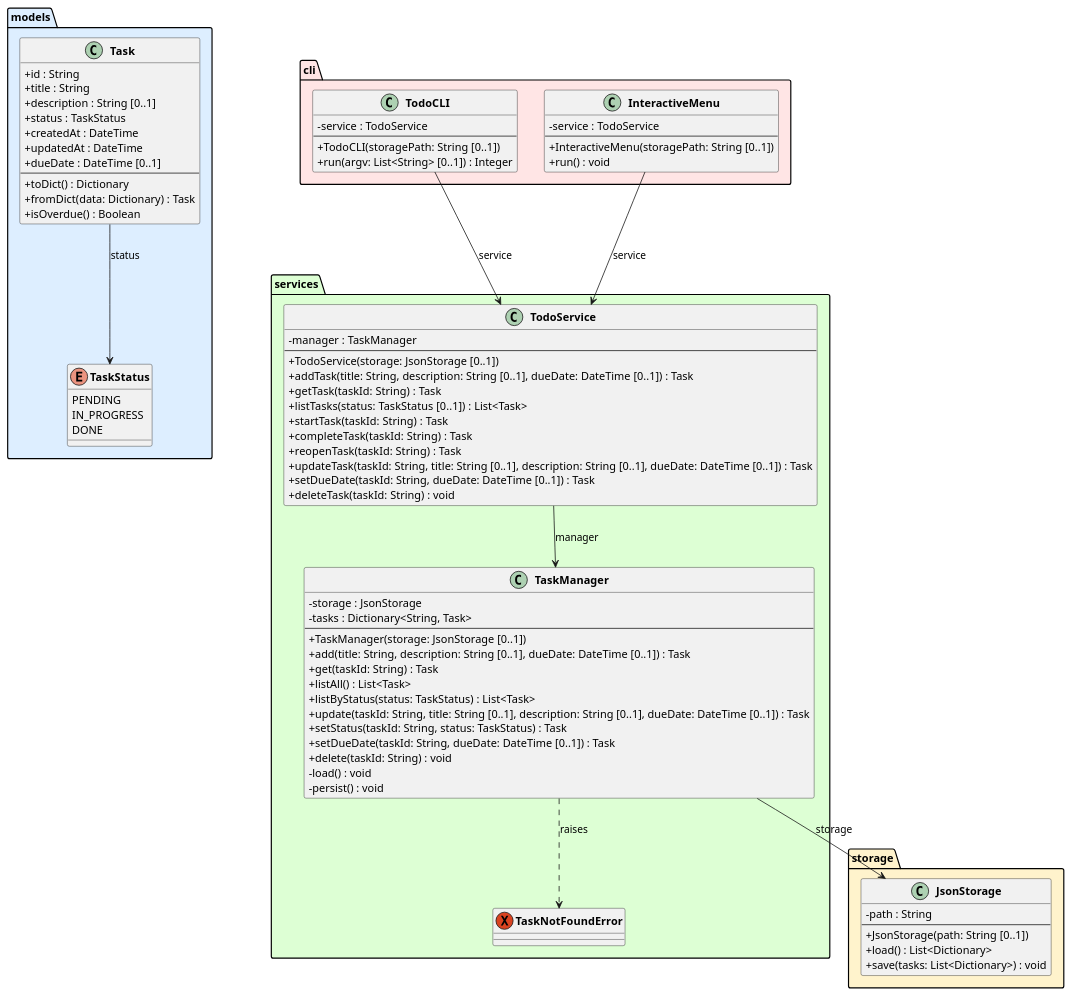
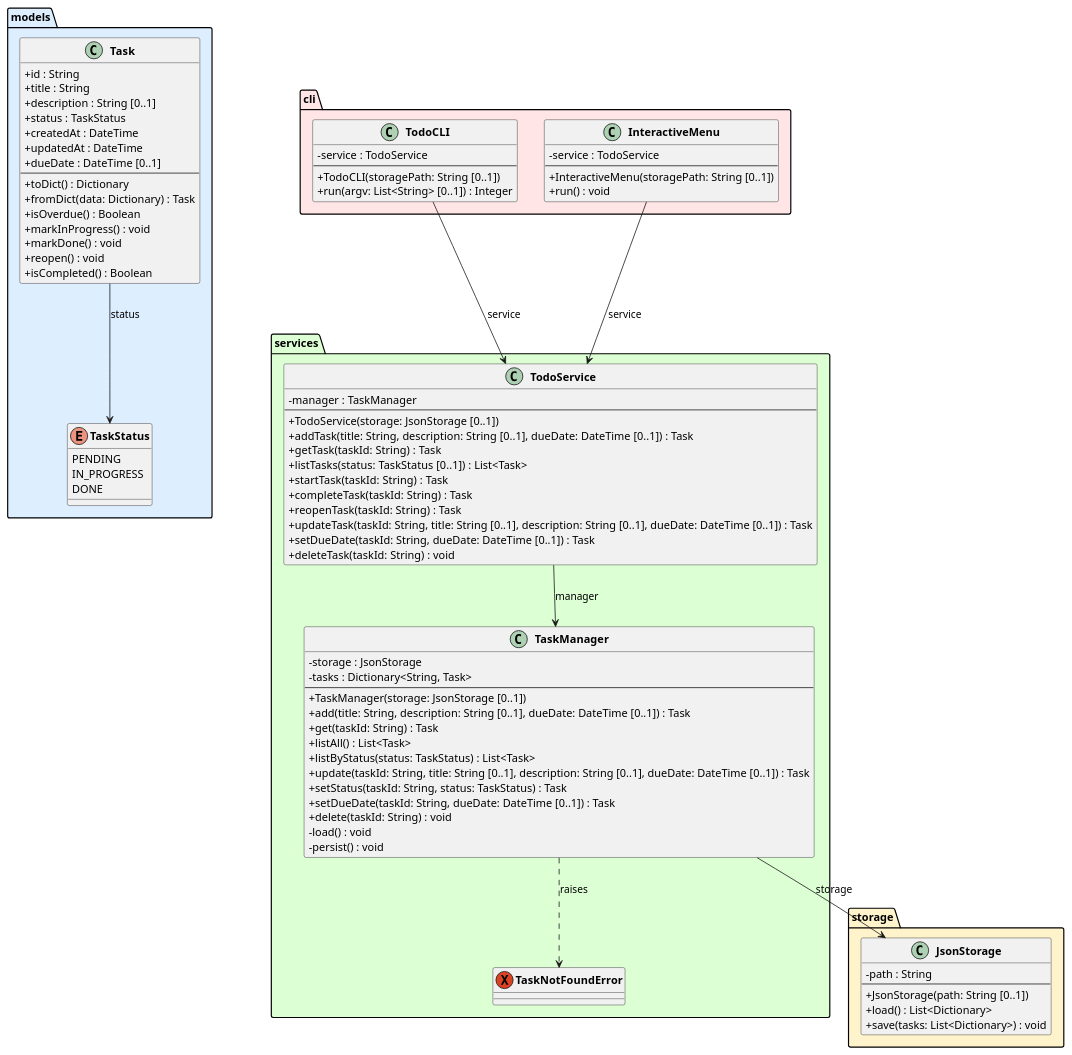
One commit to DanielRiha8906/Software_autoevolution_using_agents changed the diagram in experiments/pipeline/structured_text/TODO/artifacts/class_diagram.puml. Above: the diagram before and after it, drawn with PlantUML. The commit also changed 6 other files, not shown here.

```diff
--- a/experiments/pipeline/structured_text/TODO/artifacts/class_diagram.puml
+++ b/experiments/pipeline/structured_text/TODO/artifacts/class_diagram.puml
@@ -1,97 +1,101 @@
 @startuml class_diagram
 
 skinparam classAttributeIconSize 0
 skinparam classFontStyle bold
 
 package "models" #DDEEFF {
     enum TaskStatus {
         PENDING
         IN_PROGRESS
         DONE
     }
 
     class Task {
         +id : String
         +title : String
         +description : String [0..1]
         +status : TaskStatus
         +createdAt : DateTime
         +updatedAt : DateTime
         +dueDate : DateTime [0..1]
         --
         +toDict() : Dictionary
         +fromDict(data: Dictionary) : Task
         +isOverdue() : Boolean
+        +markInProgress() : void
+        +markDone() : void
+        +reopen() : void
+        +isCompleted() : Boolean
     }
 }
 
 package "storage" #FFF3CC {
     class JsonStorage {
         -path : String
         --
         +JsonStorage(path: String [0..1])
         +load() : List<Dictionary>
         +save(tasks: List<Dictionary>) : void
     }
 }
 
 package "services" #DDFFD4 {
     exception TaskNotFoundError
 
     class TaskManager {
         -storage : JsonStorage
         -tasks : Dictionary<String, Task>
         --
         +TaskManager(storage: JsonStorage [0..1])
         +add(title: String, description: String [0..1], dueDate: DateTime [0..1]) : Task
         +get(taskId: String) : Task
         +listAll() : List<Task>
         +listByStatus(status: TaskStatus) : List<Task>
         +update(taskId: String, title: String [0..1], description: String [0..1], dueDate: DateTime [0..1]) : Task
         +setStatus(taskId: String, status: TaskStatus) : Task
         +setDueDate(taskId: String, dueDate: DateTime [0..1]) : Task
         +delete(taskId: String) : void
         -load() : void
         -persist() : void
     }
 
     class TodoService {
         -manager : TaskManager
         --
         +TodoService(storage: JsonStorage [0..1])
         +addTask(title: String, description: String [0..1], dueDate: DateTime [0..1]) : Task
         +getTask(taskId: String) : Task
         +listTasks(status: TaskStatus [0..1]) : List<Task>
         +startTask(taskId: String) : Task
         +completeTask(taskId: String) : Task
         +reopenTask(taskId: String) : Task
         +updateTask(taskId: String, title: String [0..1], description: String [0..1], dueDate: DateTime [0..1]) : Task
         +setDueDate(taskId: String, dueDate: DateTime [0..1]) : Task
         +deleteTask(taskId: String) : void
     }
 }
 
 package "cli" #FFE5E5 {
     class TodoCLI {
         -service : TodoService
         --
         +TodoCLI(storagePath: String [0..1])
         +run(argv: List<String> [0..1]) : Integer
     }
 
     class InteractiveMenu {
         -service : TodoService
         --
         +InteractiveMenu(storagePath: String [0..1])
         +run() : void
     }
 }
 
 Task --> TaskStatus : status
 TaskManager --> JsonStorage : storage
 TaskManager ..> TaskNotFoundError : raises
 TodoService --> TaskManager : manager
 TodoCLI --> TodoService : service
 InteractiveMenu --> TodoService : service
 
 @enduml
```
